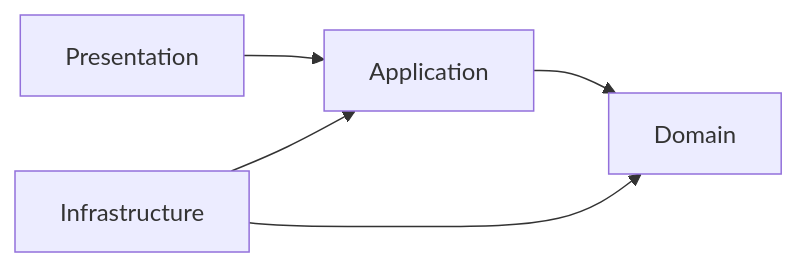
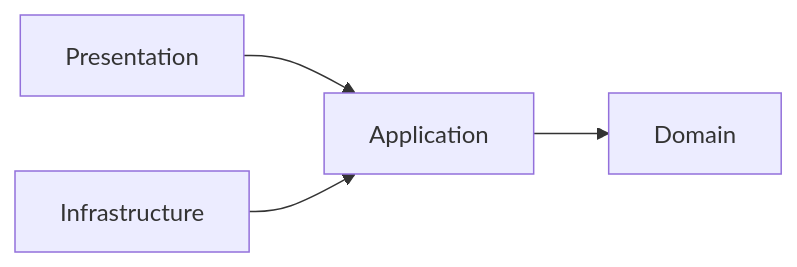
Before and after one commit to razbuild/raztodo: the first of 2 diagrams in docs/ARCHITECTURE.md, drawn with Mermaid. The commit also changed other lines of this file, not shown here.

````diff
--- a/docs/ARCHITECTURE.md
+++ b/docs/ARCHITECTURE.md
@@ -19,7 +22,7 @@
 ```mermaid
 flowchart LR
     Presentation --> Application
     Application --> Domain
     Infrastructure --> Application
-    Infrastructure --> Domain
+    %% Optional: Infrastructure may use Domain types for mapping purposes or wiring
 ```
````
